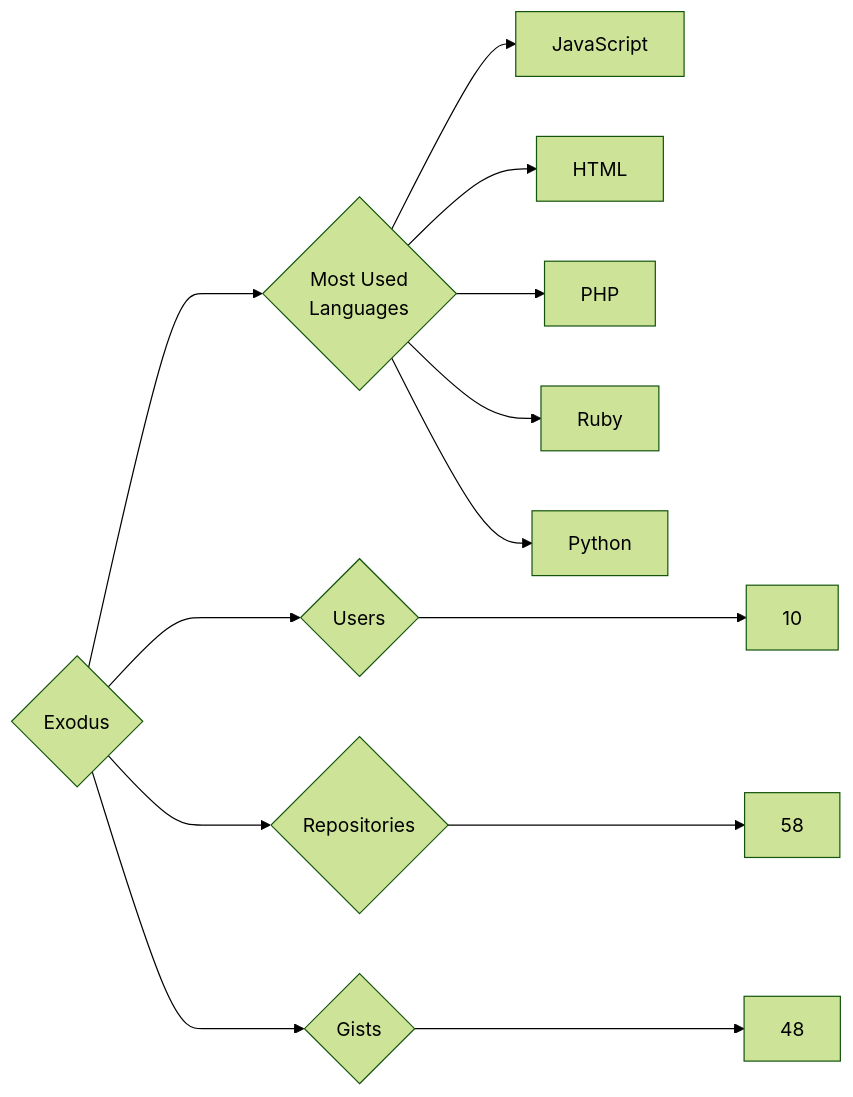
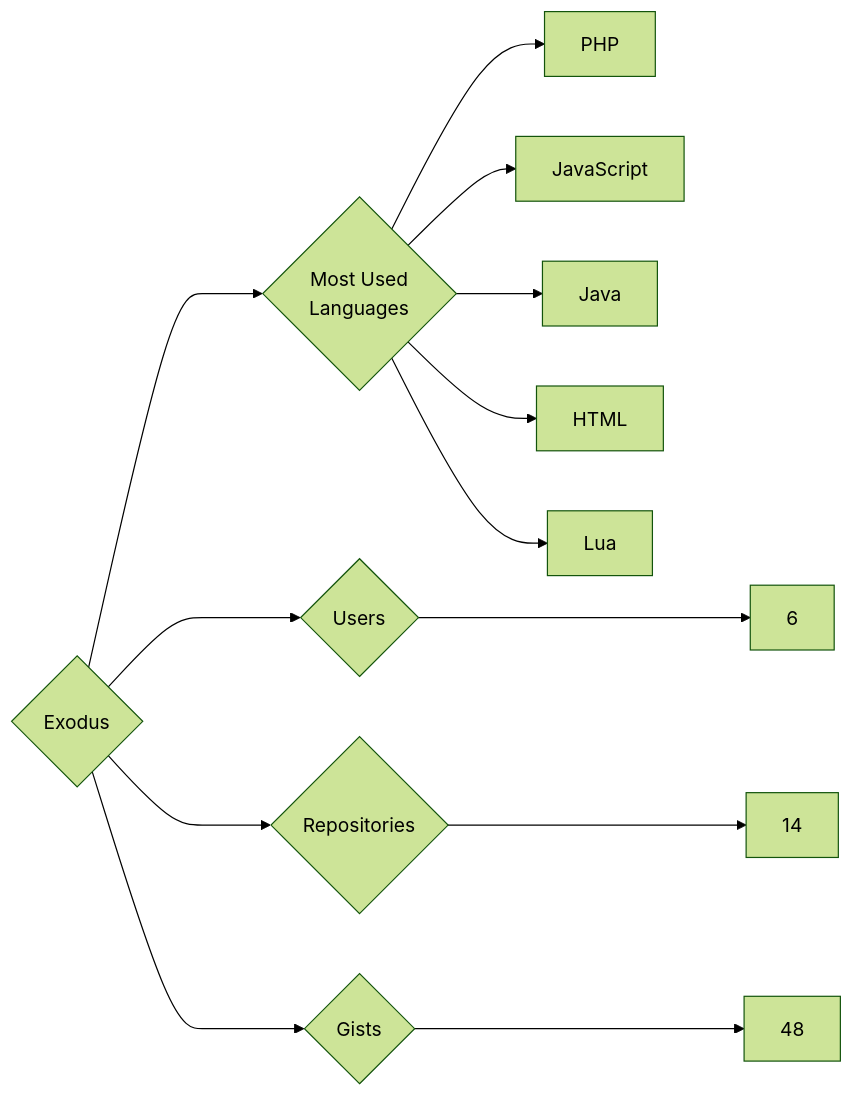
One commit to trickest/insiders changed the diagram in targets/Exodus/README.md. Above: the diagram before and after it, drawn with Mermaid (forest theme). The commit also changed 912 other files, not shown here.

````diff
--- a/targets/Exodus/README.md
+++ b/targets/Exodus/README.md
@@ -3,13 +3,13 @@
 ```mermaid
 graph LR
 COMPANY_NAME{Exodus}
-COMPANY_NAME ---> U{Users} ---> UN[10]
-COMPANY_NAME ---> R{Repositories} ---> RN[58]
+COMPANY_NAME ---> U{Users} ---> UN[6]
+COMPANY_NAME ---> R{Repositories} ---> RN[14]
 COMPANY_NAME ---> G{Gists} ---> GN[48]
 COMPANY_NAME ---> ML{Most Used<br>Languages}
+ML --> PHP[PHP]
 ML --> JavaScript[JavaScript]
+ML --> Java[Java]
 ML --> HTML[HTML]
-ML --> PHP[PHP]
-ML --> Ruby[Ruby]
-ML --> Python[Python]
+ML --> Lua[Lua]
 ```
````
